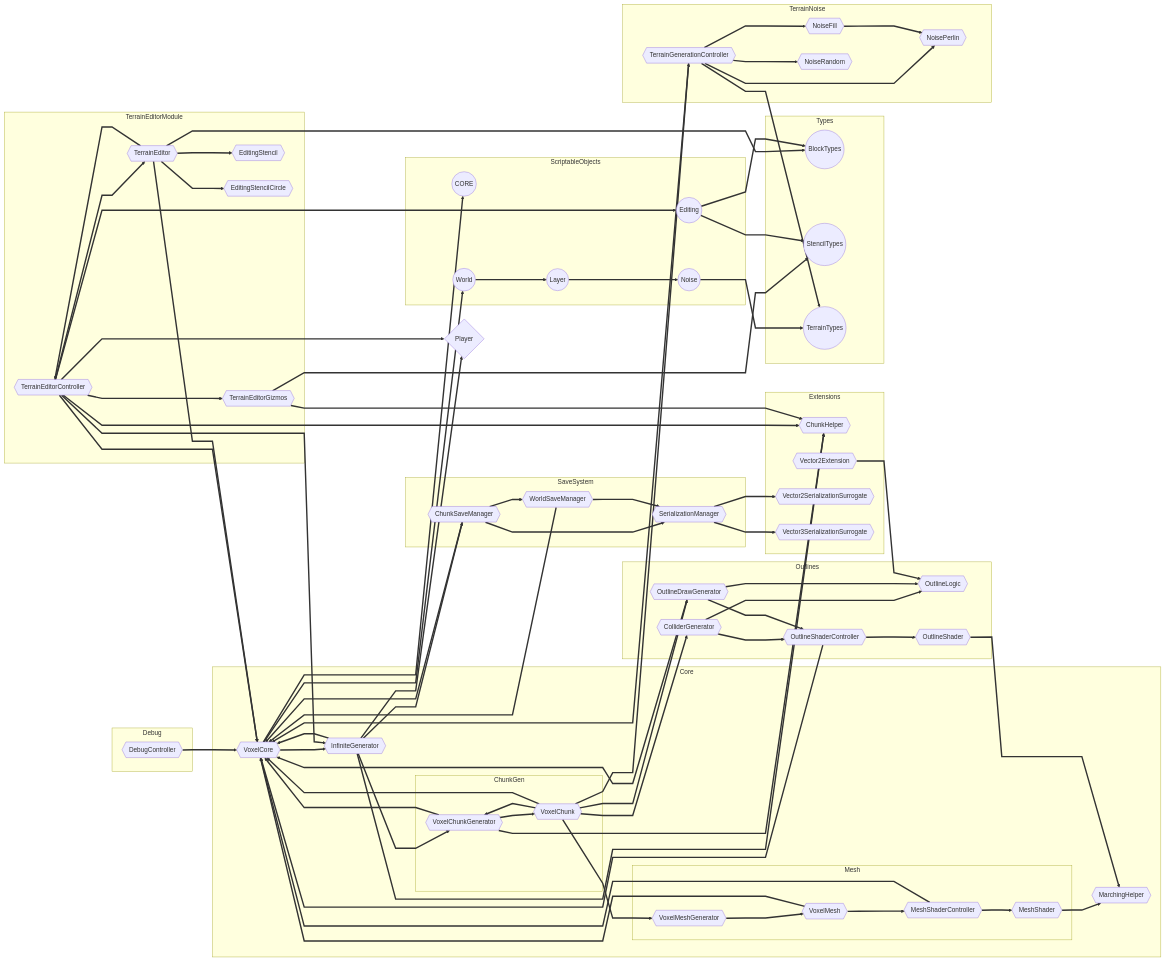
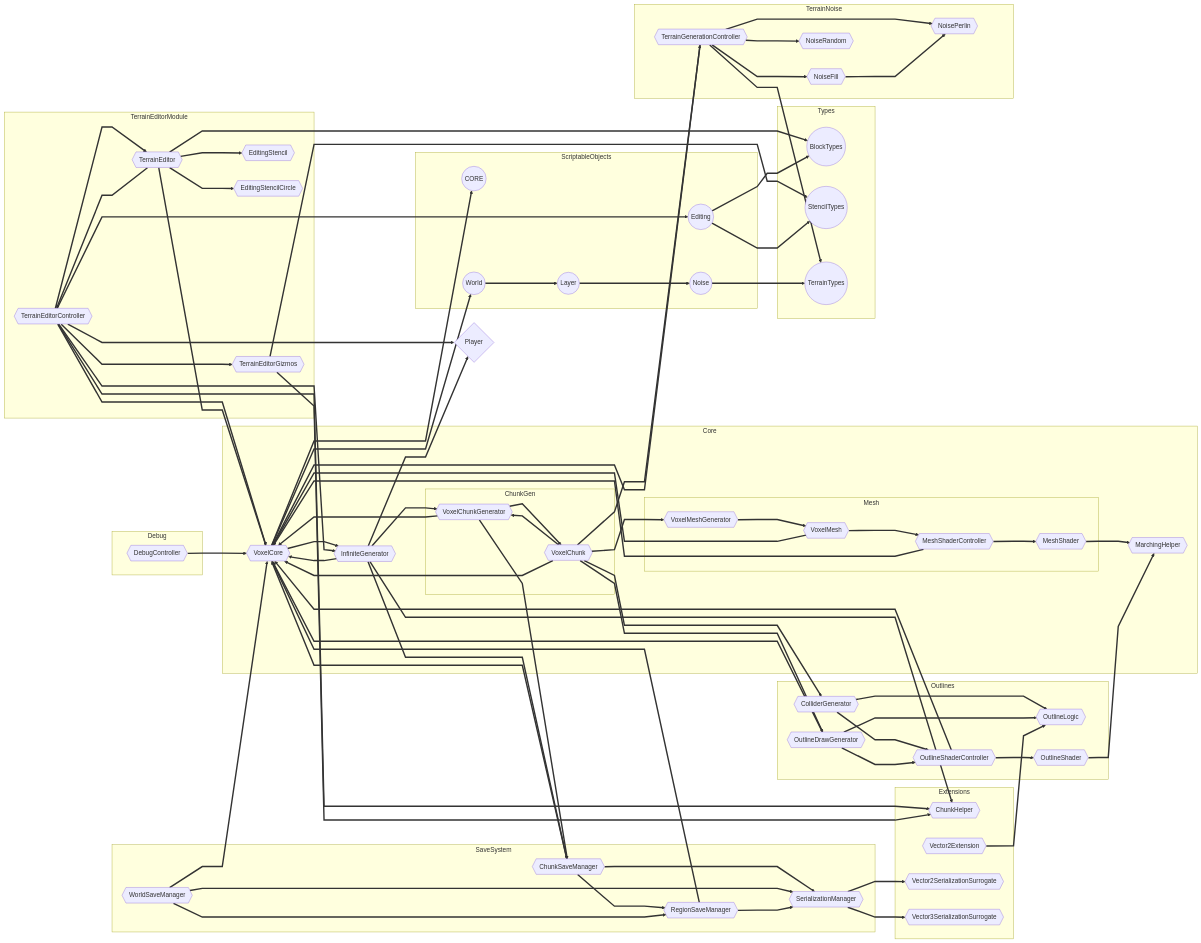
One commit to joesobo/Marching-Squares-2.0 changed the diagram in Assets/Graphs/CORE.md. Above: the diagram before and after it, drawn with Mermaid. The commit also changed 1 other file, not shown here.

Commit message:
fix: added into graph

````diff
--- a/Assets/Graphs/CORE.md
+++ b/Assets/Graphs/CORE.md
@@ -83,6 +83,7 @@
     ChunkSaveManager{{ChunkSaveManager}};
     SerializationManager{{SerializationManager}};
     WorldSaveManager{{WorldSaveManager}};
+    RegionSaveManager{{RegionSaveManager}};
   end
 
   Player{Player};
@@ -105,8 +106,8 @@
   InfiniteGenerator ==> ChunkSaveManager;
 
   VoxelChunkGenerator ==> VoxelChunk;
-  VoxelChunkGenerator ==> ChunkHelper;
   VoxelChunkGenerator ==> VoxelCore;
+  VoxelChunkGenerator ==> ChunkSaveManager;
 
   VoxelChunk ==> VoxelChunkGenerator;
   VoxelChunk ==> VoxelMeshGenerator;
@@ -168,7 +169,7 @@
   Editing ==> BlockTypes;
   Editing ==> StencilTypes;
 
-  ChunkSaveManager ==> WorldSaveManager;
+  ChunkSaveManager ==> RegionSaveManager;
   ChunkSaveManager ==> VoxelCore;
   ChunkSaveManager ==> SerializationManager;
 
@@ -177,4 +178,8 @@
 
   WorldSaveManager ==> SerializationManager;
   WorldSaveManager ==> VoxelCore;
+  WorldSaveManager ==> RegionSaveManager;
+
+  RegionSaveManager ==> SerializationManager;
+  RegionSaveManager ==> VoxelCore;
 ```
````
